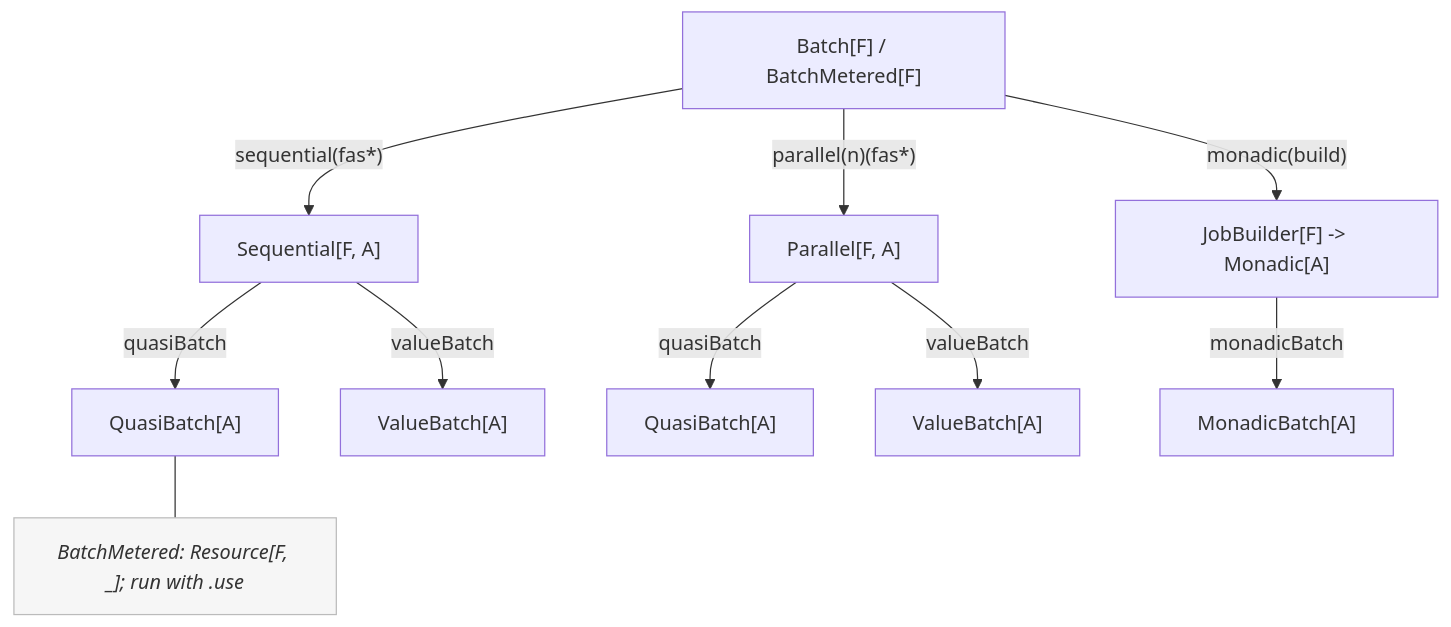
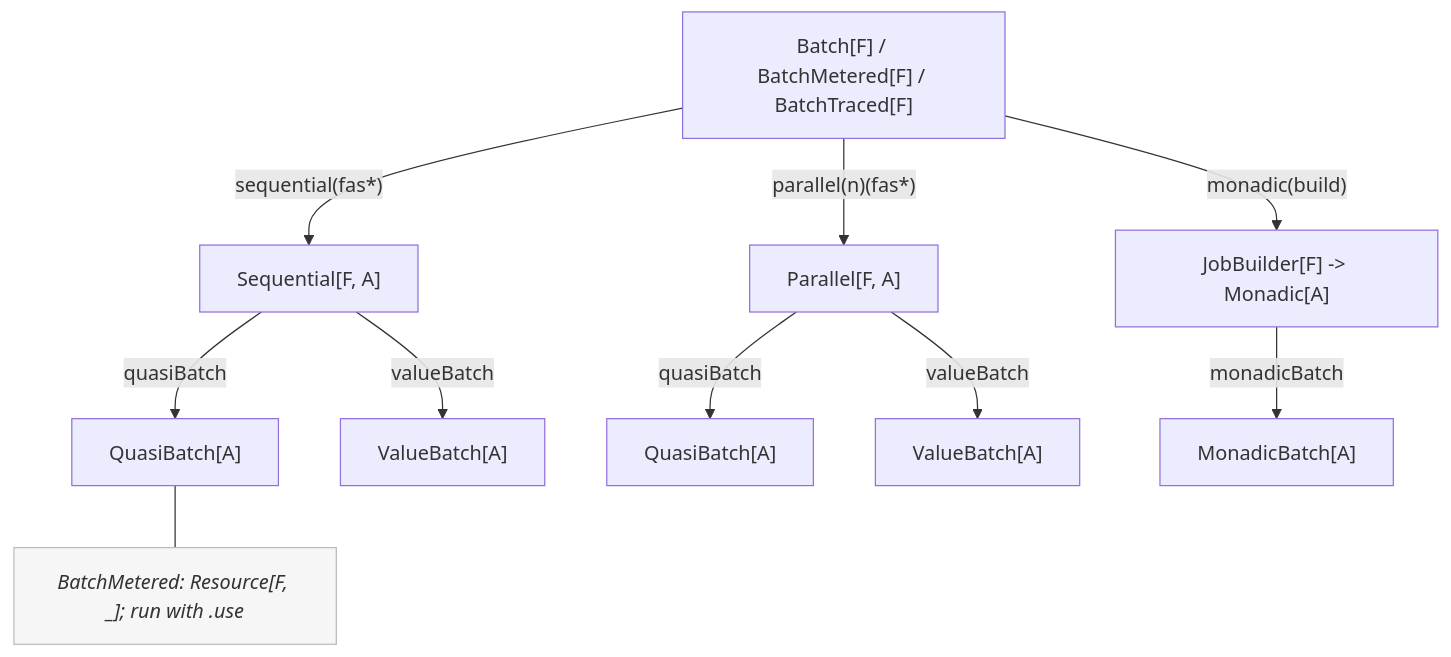
The first of 7 diagrams in guard/doc/README.md (chenharryhua/nanjin), drawn with Mermaid before and after one commit. The commit also changed other lines of this file, not shown here.

````diff
--- a/guard/doc/README.md
+++ b/guard/doc/README.md
@@ -16,15 +129,15 @@
 ```mermaid
 flowchart TD
-    Batch["Batch[F] / BatchMetered[F]"] -->|"sequential(fas*)"| Seq["Sequential[F, A]"]
+    Batch["Batch[F] / BatchMetered[F] / BatchTraced[F]"] -->|"sequential(fas*)"| Seq["Sequential[F, A]"]
     Batch -->|"parallel(n)(fas*)"| Par["Parallel[F, A]"]
     Batch -->|"monadic(build)"| JB["JobBuilder[F] -> Monadic[A]"]
 
     Seq -->|quasiBatch| QSeq["QuasiBatch[A]"]
     Seq -->|valueBatch| VSeq["ValueBatch[A]"]
     Par -->|quasiBatch| QPar["QuasiBatch[A]"]
     Par -->|valueBatch| VPar["ValueBatch[A]"]
     JB  -->|monadicBatch| MB["MonadicBatch[A]"]
 
     QSeq --- note1["BatchMetered: Resource[F, _]; run with .use"]:::note
     classDef note fill:#f6f6f6,stroke:#bbb,color:#333,font-style:italic;
 ```
````
